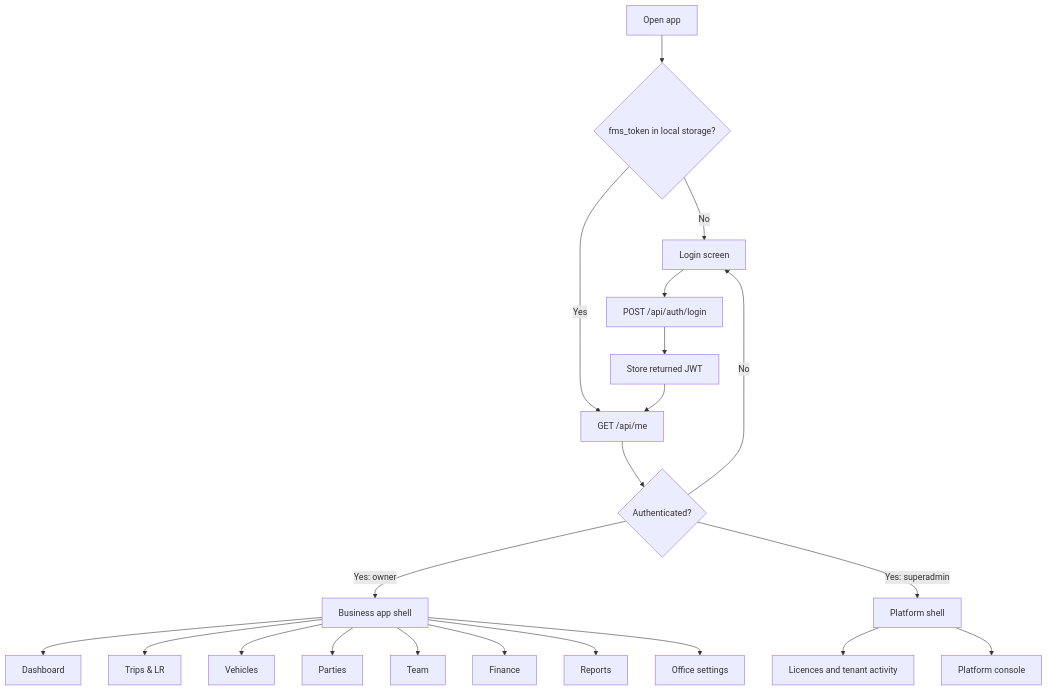
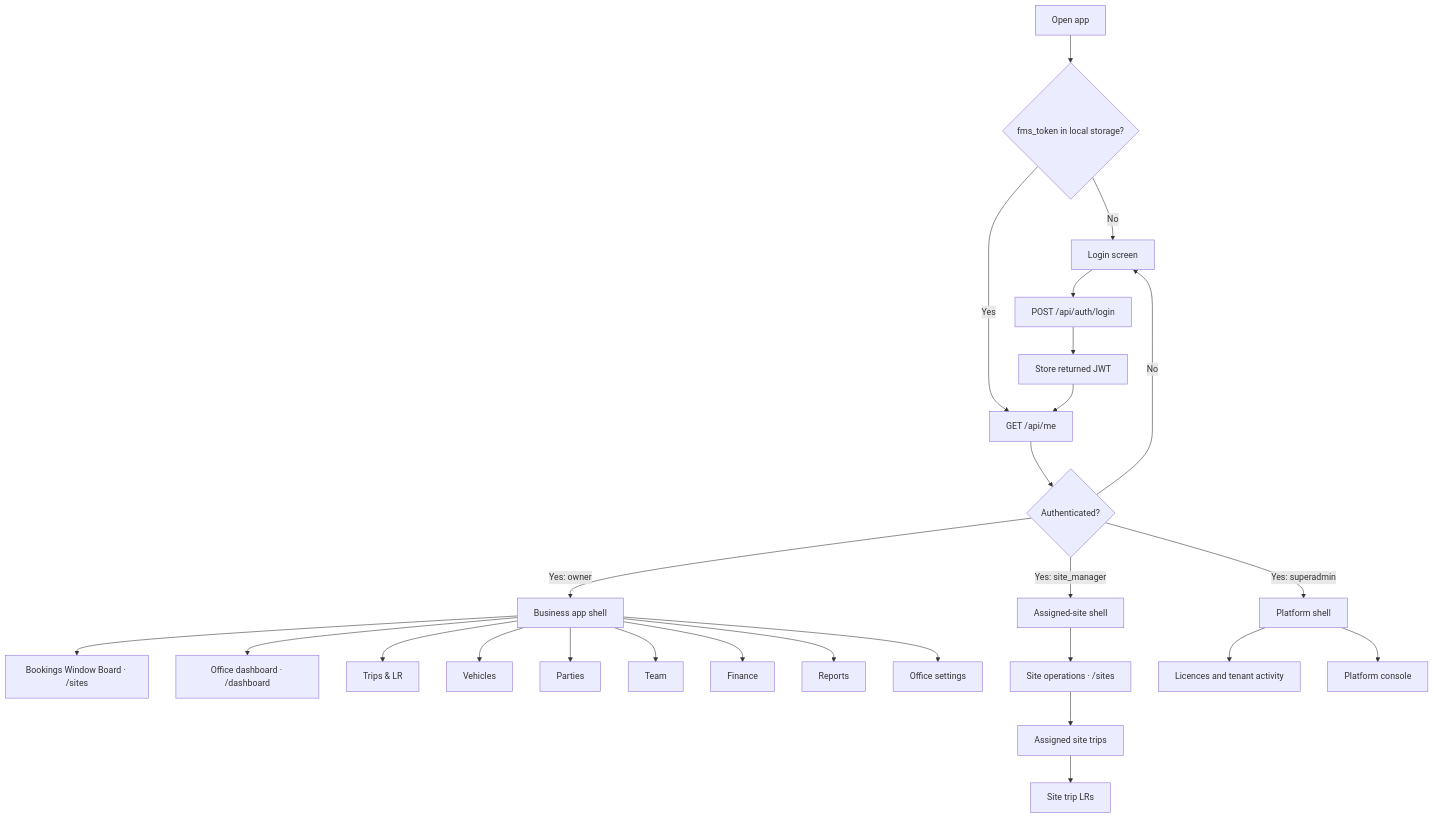
Before and after one commit to adeotale27/FleetManagementSystem: the second of 8 diagrams in ARCHITECTURE.md, drawn with Mermaid. The commit also changed other lines of this file and 29 other files, not shown here.

````diff
--- a/ARCHITECTURE.md
+++ b/ARCHITECTURE.md
@@ -61,23 +70,28 @@
 ```mermaid
 flowchart TD
     Start["Open app"] --> Token{"fms_token in local storage?"}
     Token -->|"No"| Login["Login screen"]
     Token -->|"Yes"| Me["GET /api/me"]
     Me --> Valid{"Authenticated?"}
     Valid -->|"No"| Login
     Valid -->|"Yes: owner"| Shell["Business app shell"]
+    Valid -->|"Yes: site_manager"| SiteShell["Assigned-site shell"]
     Valid -->|"Yes: superadmin"| PlatformShell["Platform shell"]
     Login --> AuthPost["POST /api/auth/login"]
     AuthPost --> Store["Store returned JWT"]
     Store --> Me
-    Shell --> Dashboard["Dashboard"]
+    Shell --> SystemDashboard["Bookings Window Board · /sites"]
+    Shell --> Dashboard["Office dashboard · /dashboard"]
     Shell --> Trips["Trips & LR"]
     Shell --> Fleet["Vehicles"]
     Shell --> Parties["Parties"]
     Shell --> Team["Team"]
     Shell --> Finance["Finance"]
     Shell --> Reports["Reports"]
     Shell --> Settings["Office settings"]
+    SiteShell --> SiteConsole["Site operations · /sites"]
+    SiteConsole --> SiteTrips["Assigned site trips"]
+    SiteTrips --> SiteLRs["Site trip LRs"]
     PlatformShell --> Licences["Licences and tenant activity"]
     PlatformShell --> PlatformSettings["Platform console"]
 ```
````
